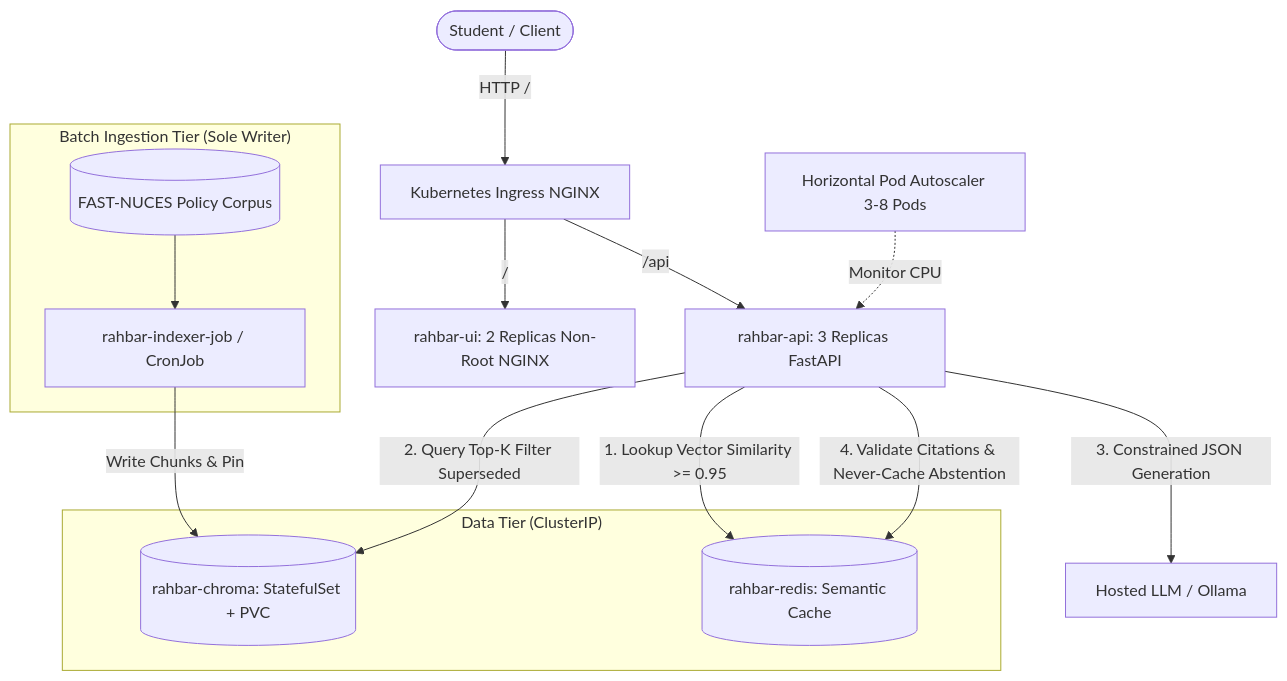
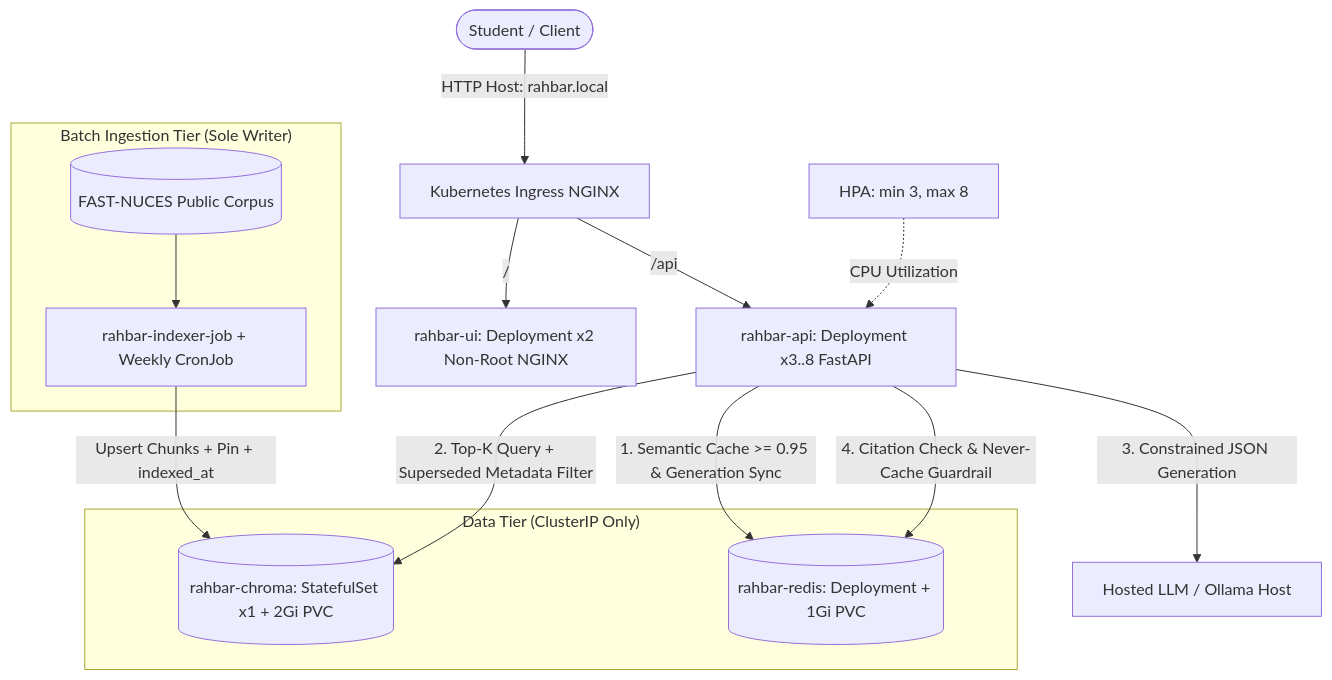
Before and after one commit to ali-akbar1214/rahbar-rag: the diagram in README.md, drawn with Mermaid. The commit also changed other lines of this file and 6 other files, not shown here.

````diff
--- a/README.md
+++ b/README.md
@@ -25,23 +27,23 @@
 ```mermaid
 graph TD
-    User([Student / Client]) -->|HTTP /| Ingress[Kubernetes Ingress NGINX]
-    Ingress -->|/| UI[rahbar-ui: 2 Replicas Non-Root NGINX]
-    Ingress -->|/api| API[rahbar-api: 3 Replicas FastAPI]
-    
-    subgraph "Data Tier (ClusterIP)"
-        Chroma[(rahbar-chroma: StatefulSet + PVC)]
-        Redis[(rahbar-redis: Semantic Cache)]
+    User([Student / Client]) -->|HTTP Host: rahbar.local| Ingress[Kubernetes Ingress NGINX]
+    Ingress -->|/| UI[rahbar-ui: Deployment x2 Non-Root NGINX]
+    Ingress -->|/api| API[rahbar-api: Deployment x3..8 FastAPI]
+
+    subgraph "Data Tier (ClusterIP Only)"
+        Chroma[(rahbar-chroma: StatefulSet x1 + 2Gi PVC)]
+        Redis[(rahbar-redis: Deployment + 1Gi PVC)]
     end
-    
+
     subgraph "Batch Ingestion Tier (Sole Writer)"
-        Job[rahbar-indexer-job / CronJob] -->|Write Chunks & Pin| Chroma
-        Corpus[(FAST-NUCES Policy Corpus)] --> Job
+        Job[rahbar-indexer-job + Weekly CronJob] -->|Upsert Chunks + Pin + indexed_at| Chroma
+        Corpus[(FAST-NUCES Public Corpus)] --> Job
     end
-    
-    API -->|1. Lookup Vector Similarity >= 0.95| Redis
-    API -->|2. Query Top-K Filter Superseded| Chroma
-    API -->|3. Constrained JSON Generation| LLM[Hosted LLM / Ollama]
-    API -->|4. Validate Citations & Never-Cache Abstention| Redis
-    
-    HPA[Horizontal Pod Autoscaler 3-8 Pods] -.->|Monitor CPU| API
+
+    API -->|1. Semantic Cache >= 0.95 & Generation Sync| Redis
+    API -->|2. Top-K Query + Superseded Metadata Filter| Chroma
+    API -->|3. Constrained JSON Generation| LLM[Hosted LLM / Ollama Host]
+    API -->|4. Citation Check & Never-Cache Guardrail| Redis
+
+    HPA[HPA: min 3, max 8] -.->|CPU Utilization| API
 ```
````
